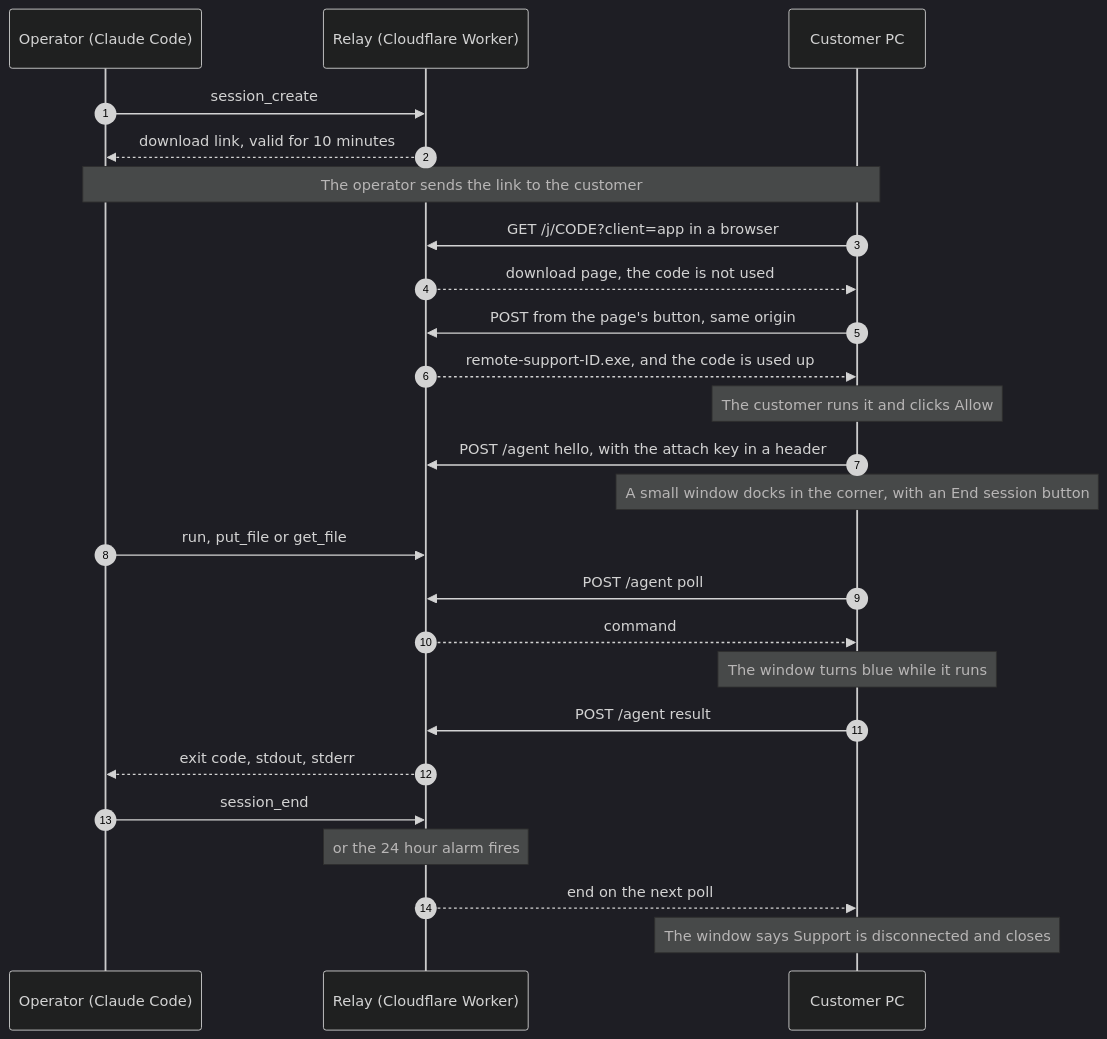
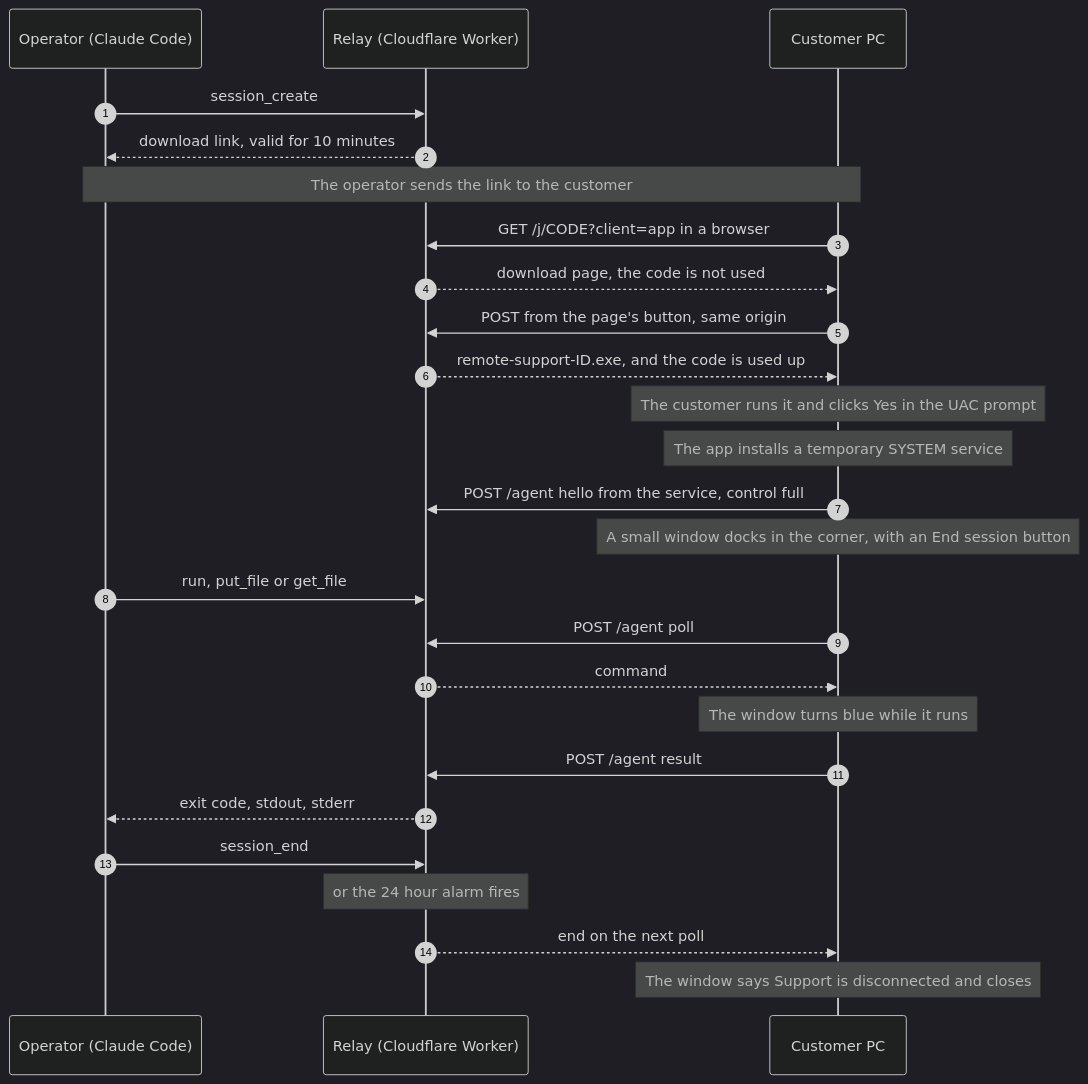
One commit to SUKARDADDY/Support-MCP changed the first of 3 diagrams in README.md. Above: the diagram before and after it, drawn with Mermaid (dark theme). The commit also changed other lines of this file and 16 other files, not shown here.

Commit message:
Make full control the default: UAC install, SYSTEM service and the secure desktop (#11)

````diff
--- a/README.md
+++ b/README.md
@@ -56,27 +59,28 @@
 ```mermaid
 sequenceDiagram
   autonumber
   participant Op as Operator (Claude Code)
   participant W as Relay (Cloudflare Worker)
   participant PC as Customer PC
   Op->>W: session_create
   W-->>Op: download link, valid for 10 minutes
   Note over Op,PC: The operator sends the link to the customer
   PC->>W: GET /j/CODE?client=app in a browser
   W-->>PC: download page, the code is not used
   PC->>W: POST from the page's button, same origin
   W-->>PC: remote-support-ID.exe, and the code is used up
-  Note over PC: The customer runs it and clicks Allow
-  PC->>W: POST /agent hello, with the attach key in a header
+  Note over PC: The customer runs it and clicks Yes in the UAC prompt
+  Note over PC: The app installs a temporary SYSTEM service
+  PC->>W: POST /agent hello from the service, control full
   Note over PC: A small window docks in the corner, with an End session button
   Op->>W: run, put_file or get_file
   PC->>W: POST /agent poll
   W-->>PC: command
   Note over PC: The window turns blue while it runs
   PC->>W: POST /agent result
   W-->>Op: exit code, stdout, stderr
   Op->>W: session_end
   Note over W: or the 24 hour alarm fires
   W-->>PC: end on the next poll
   Note over PC: The window says Support is disconnected and closes
 ```
````
